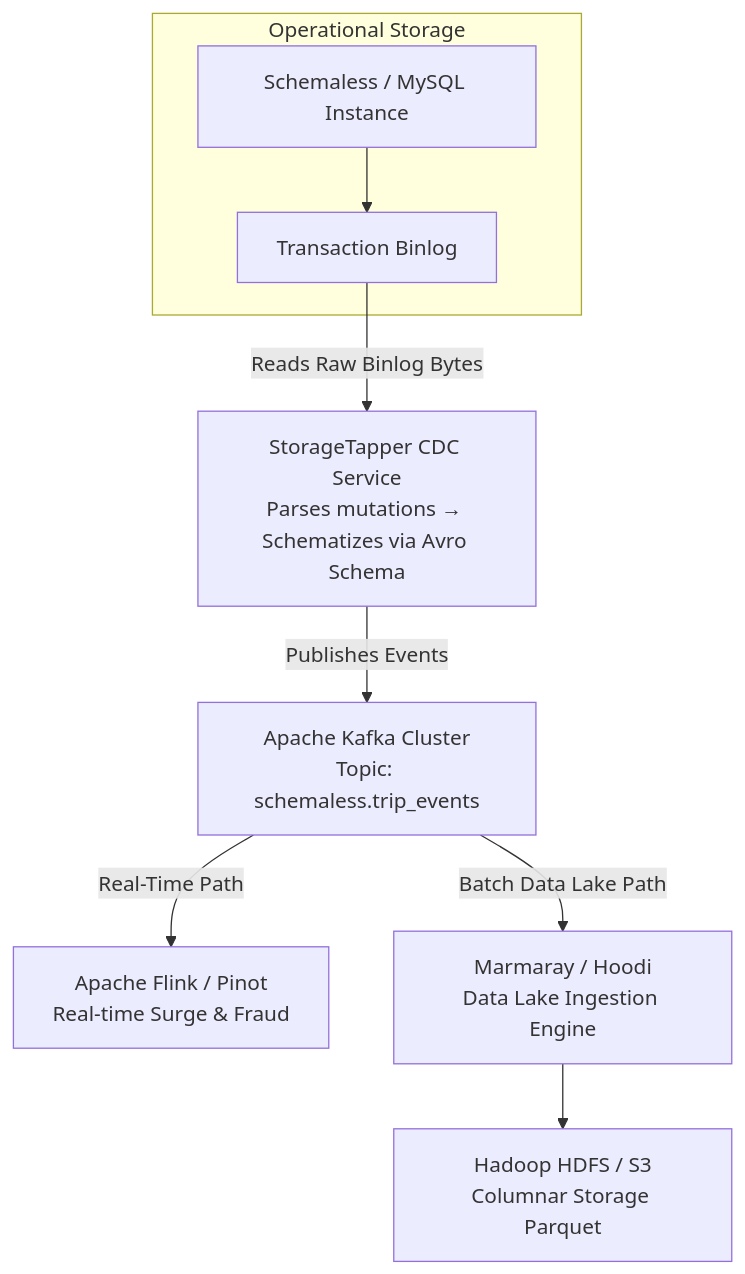
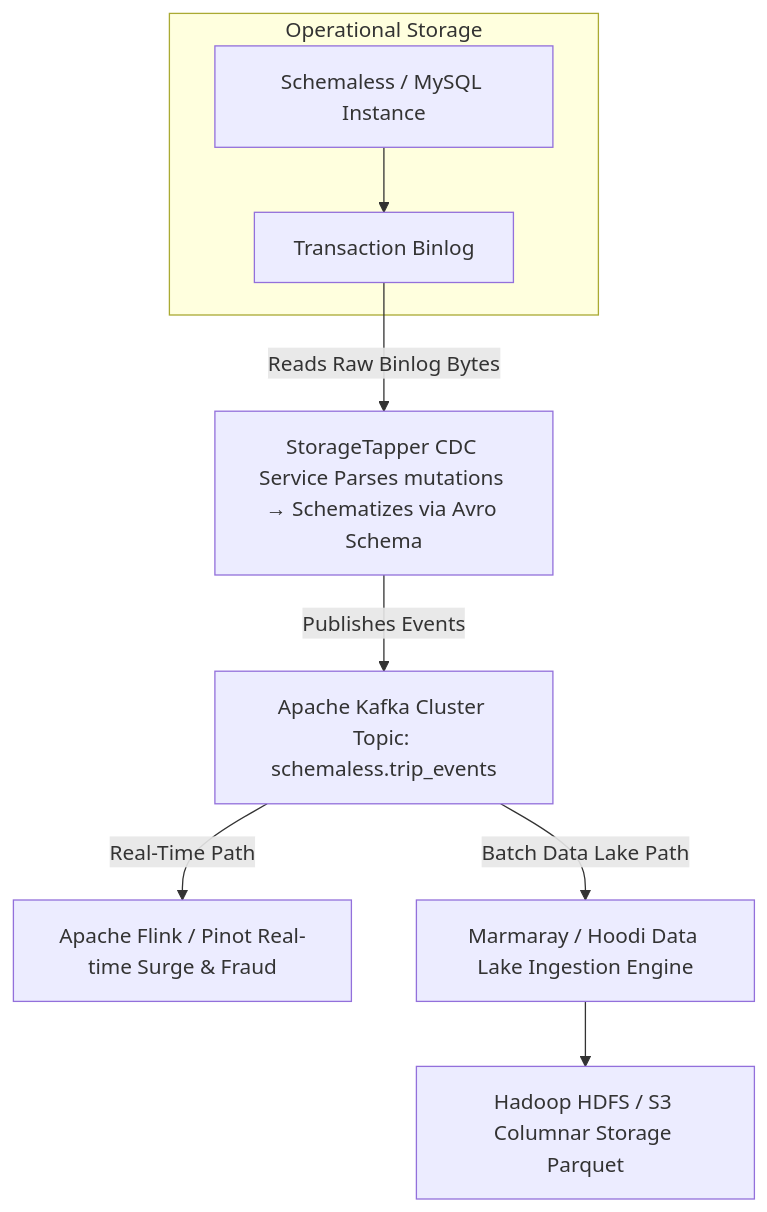
One commit to Chandra179/atlas changed the tenth of 16 diagrams in blog/astro/src/content/docs/uber-architecture.md. Above: the diagram before and after it, drawn with Mermaid. The commit also changed other lines of this file and 1 other file, not shown here.

````diff
--- a/blog/astro/src/content/docs/uber-architecture.md
+++ b/blog/astro/src/content/docs/uber-architecture.md
@@ -506,13 +506,13 @@
 ```mermaid
 graph TB
     subgraph STORAGE["Operational Storage"]
         MYSQL["Schemaless / MySQL Instance"]
         BINLOG["Transaction Binlog"]
         MYSQL --> BINLOG
     end
-    BINLOG -->|Reads Raw Binlog Bytes| ST["StorageTapper CDC Service<br/>Parses mutations → Schematizes via Avro Schema"]
-    ST -->|Publishes Events| KAFKA["Apache Kafka Cluster<br/>Topic: schemaless.trip_events"]
-    KAFKA -->|Real-Time Path| FLINK["Apache Flink / Pinot<br/>Real-time Surge & Fraud"]
-    KAFKA -->|Batch Data Lake Path| MH["Marmaray / Hoodi<br/>Data Lake Ingestion Engine"]
-    MH --> HDFS["Hadoop HDFS / S3<br/>Columnar Storage Parquet"]
+    BINLOG -->|Reads Raw Binlog Bytes| ST["StorageTapper CDC Service Parses mutations → Schematizes via Avro Schema"]
+    ST -->|Publishes Events| KAFKA["Apache Kafka Cluster Topic: schemaless.trip_events"]
+    KAFKA -->|Real-Time Path| FLINK["Apache Flink / Pinot Real-time Surge & Fraud"]
+    KAFKA -->|Batch Data Lake Path| MH["Marmaray / Hoodi Data Lake Ingestion Engine"]
+    MH --> HDFS["Hadoop HDFS / S3 Columnar Storage Parquet"]
 ```
````
